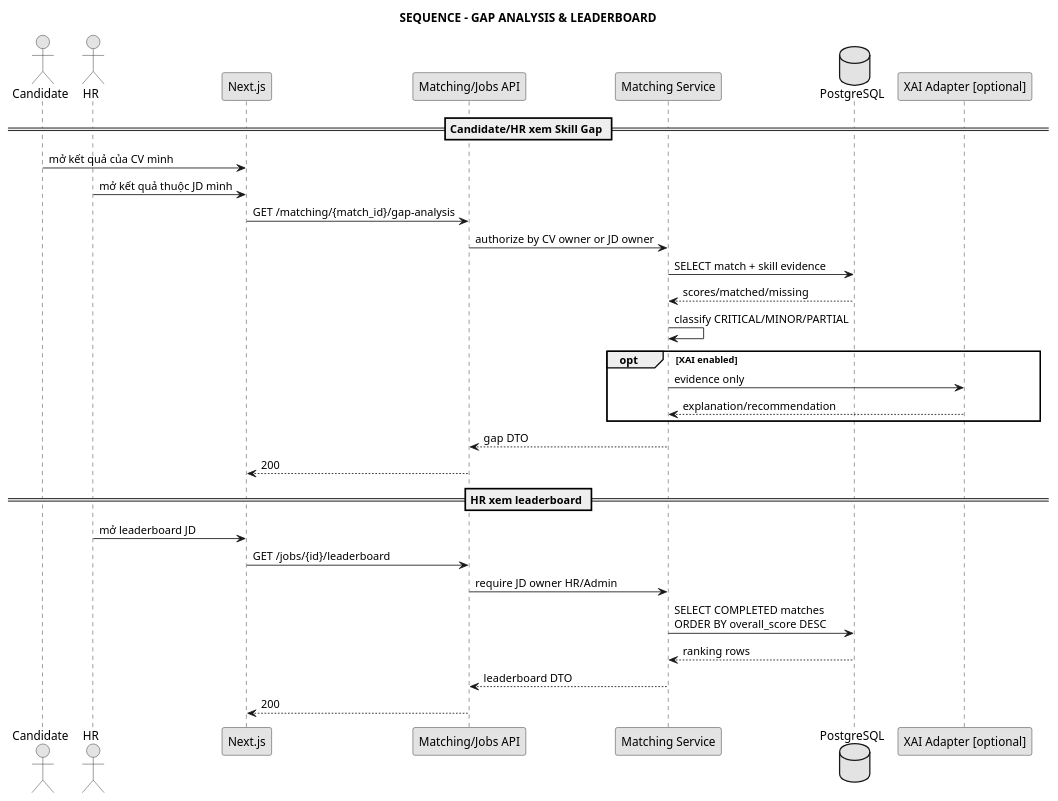
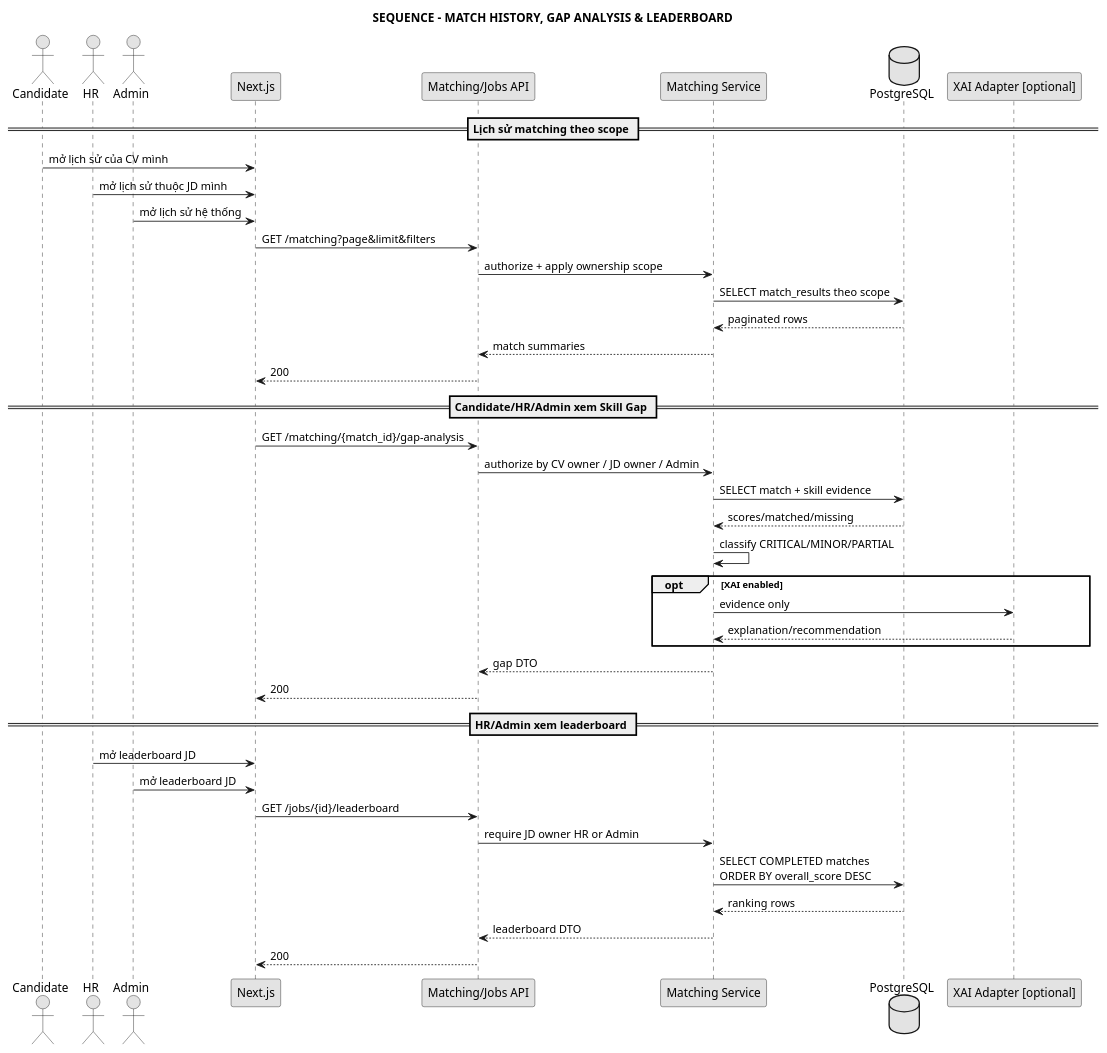
One commit to anh632k-ui/WebCVUngVienTuyenDung changed the diagram in docs/04_sequence/seq_gap_leaderboard.puml. Above: the diagram before and after it, drawn with PlantUML.

Commit message:
docs(pttk): include match history in analytics sequence

```diff
--- a/docs/04_sequence/seq_gap_leaderboard.puml
+++ b/docs/04_sequence/seq_gap_leaderboard.puml
@@ -1,39 +1,50 @@
 @startuml
 skinparam monochrome true
 skinparam shadowing false
 
-title SEQUENCE - GAP ANALYSIS & LEADERBOARD
+title SEQUENCE - MATCH HISTORY, GAP ANALYSIS & LEADERBOARD
 
 actor Candidate
 actor HR
+actor Admin
 participant "Next.js" as FE
 participant "Matching/Jobs API" as API
 participant "Matching Service" as Service
 database "PostgreSQL" as DB
 participant "XAI Adapter [optional]" as XAI
 
-== Candidate/HR xem Skill Gap ==
-Candidate -> FE : mở kết quả của CV mình
-HR -> FE : mở kết quả thuộc JD mình
+== Lịch sử matching theo scope ==
+Candidate -> FE : mở lịch sử của CV mình
+HR -> FE : mở lịch sử thuộc JD mình
+Admin -> FE : mở lịch sử hệ thống
+FE -> API : GET /matching?page&limit&filters
+API -> Service : authorize + apply ownership scope
+Service -> DB : SELECT match_results theo scope
+DB --> Service : paginated rows
+Service --> API : match summaries
+API --> FE : 200
+
+== Candidate/HR/Admin xem Skill Gap ==
 FE -> API : GET /matching/{match_id}/gap-analysis
-API -> Service : authorize by CV owner or JD owner
+API -> Service : authorize by CV owner / JD owner / Admin
 Service -> DB : SELECT match + skill evidence
 DB --> Service : scores/matched/missing
 Service -> Service : classify CRITICAL/MINOR/PARTIAL
 opt XAI enabled
   Service -> XAI : evidence only
   XAI --> Service : explanation/recommendation
 end
 Service --> API : gap DTO
 API --> FE : 200
 
-== HR xem leaderboard ==
+== HR/Admin xem leaderboard ==
 HR -> FE : mở leaderboard JD
+Admin -> FE : mở leaderboard JD
 FE -> API : GET /jobs/{id}/leaderboard
-API -> Service : require JD owner HR/Admin
+API -> Service : require JD owner HR or Admin
 Service -> DB : SELECT COMPLETED matches\nORDER BY overall_score DESC
 DB --> Service : ranking rows
 Service --> API : leaderboard DTO
 API --> FE : 200
 
 @enduml
```
